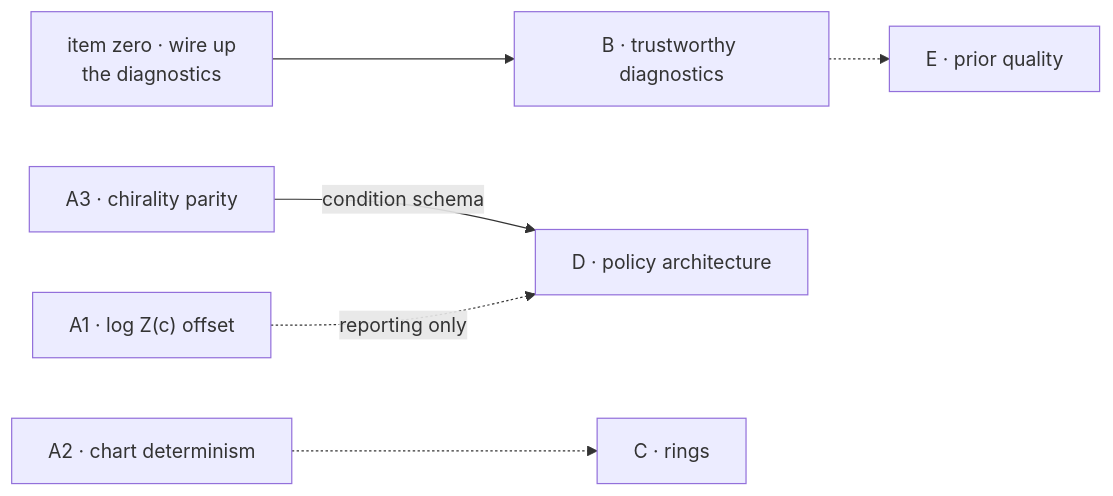
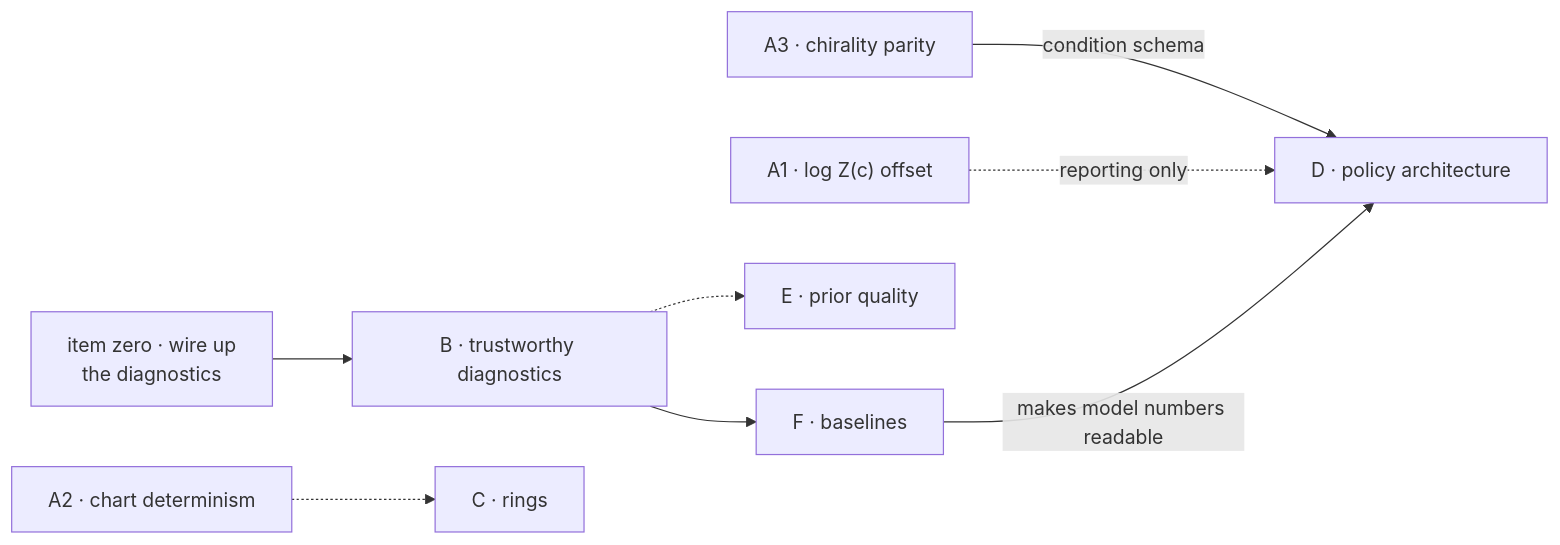
The diagram in energy_sampling/docs/design/conformer_sprint_plan.md (alexidine/gfn-diffusion), drawn with Mermaid before and after one commit. The commit also changed other lines of this file and 100 other files, not shown here.

````diff
--- a/energy_sampling/docs/design/conformer_sprint_plan.md
+++ b/energy_sampling/docs/design/conformer_sprint_plan.md
@@ -61,8 +86,10 @@
 ```mermaid
 flowchart LR
     Z0["item zero · wire up<br/>the diagnostics"] --> B["B · trustworthy diagnostics"]
     A3["A3 · chirality parity"] -->|"condition schema"| D["D · policy architecture"]
     A1["A1 · log Z(c) offset"] -.->|"reporting only"| D
     A2["A2 · chart determinism"] -.-> C["C · rings"]
     B -.-> E["E · prior quality"]
+    B --> F["F · baselines"]
+    F -->|"makes model numbers readable"| D
 ```
````
